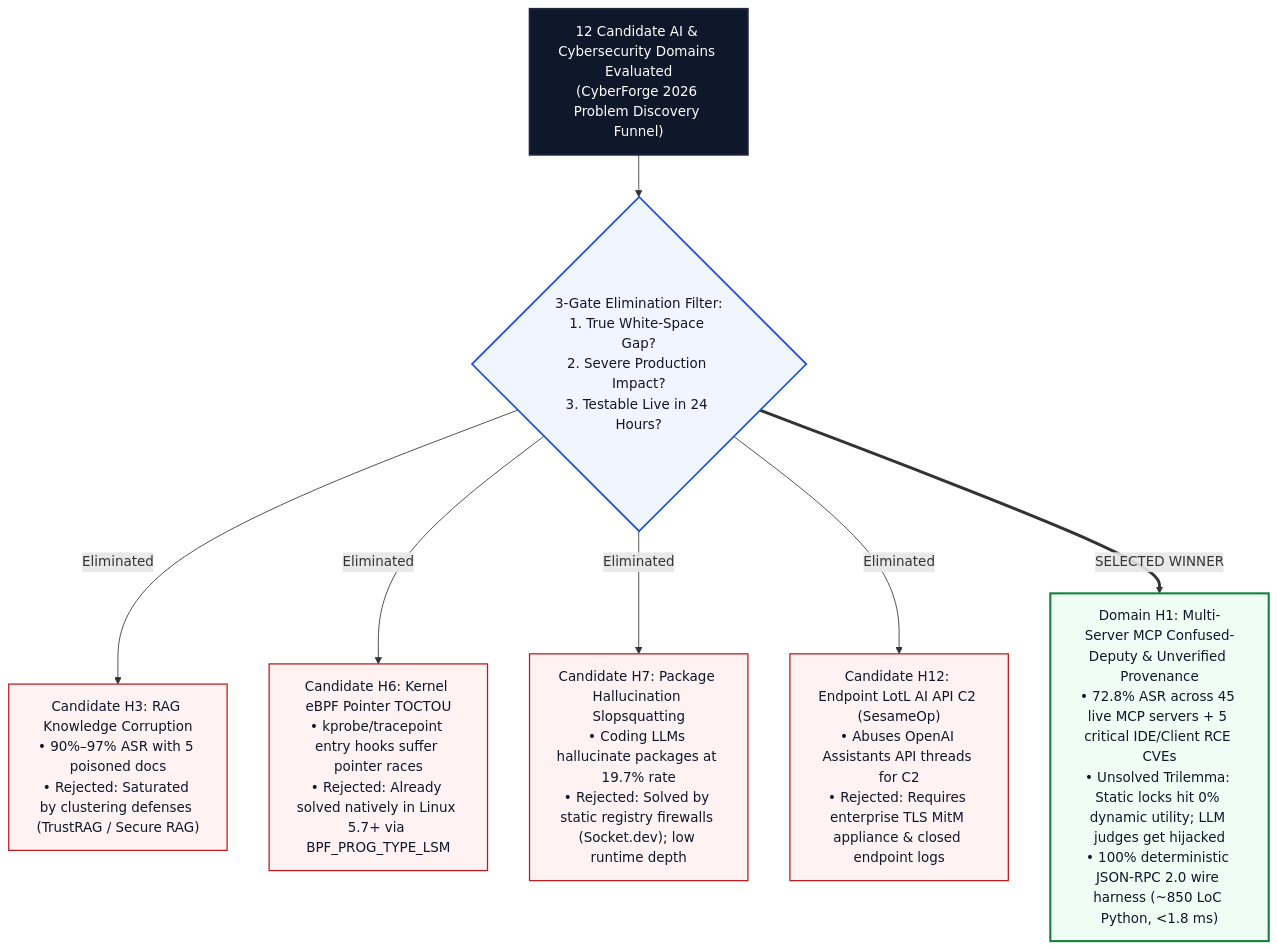
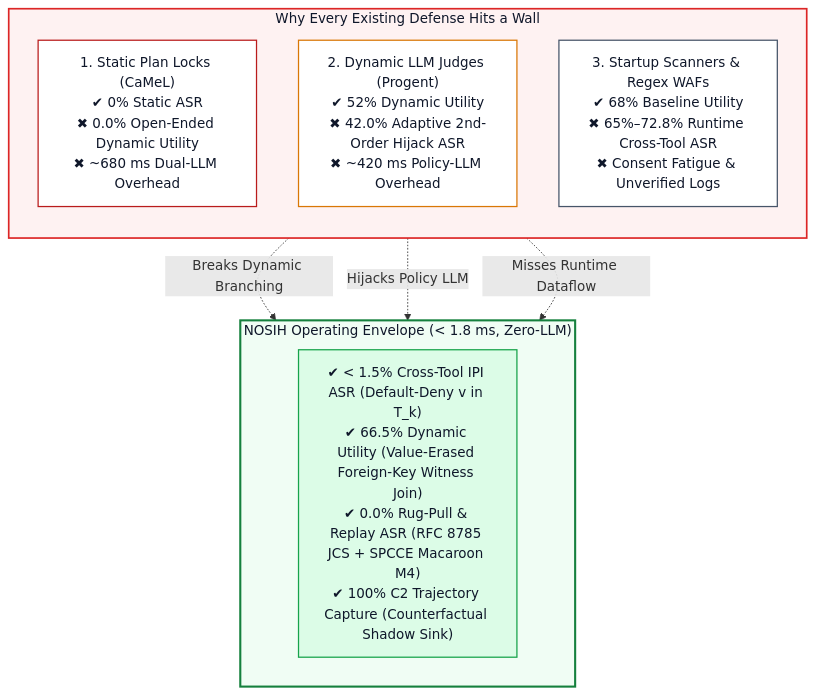
One commit to rmn2178/NOSIH changed the second of 8 diagrams in README.md. Above: the diagram before and after it, drawn with Mermaid. The commit also changed other lines of this file, not shown here.

````diff
--- a/README.md
+++ b/README.md
@@ -99,18 +118,24 @@
 ```mermaid
 flowchart TD
-    TOP["12 Candidate AI & Cybersecurity Domains Evaluated<br/>(CyberForge 2026 Problem Discovery Funnel)"] --> GATE{"3-Gate Elimination Filter:<br/>1. True White-Space Gap?<br/>2. Severe Production Impact?<br/>3. Testable Live in 24 Hours?"}
+    subgraph TRILEMMA["Why Every Existing Defense Hits a Wall"]
+        direction TB
+        C1["1. Static Plan Locks (CaMeL)<br/>✔ 0% Static ASR<br/>✖ 0.0% Open-Ended Dynamic Utility<br/>✖ ~680 ms Dual-LLM Overhead"]
+        C2["2. Dynamic LLM Judges (Progent)<br/>✔ 52% Dynamic Utility<br/>✖ 42.0% Adaptive 2nd-Order Hijack ASR<br/>✖ ~420 ms Policy-LLM Overhead"]
+        C3["3. Startup Scanners & Regex WAFs<br/>✔ 68% Baseline Utility<br/>✖ 65%–72.8% Runtime Cross-Tool ASR<br/>✖ Consent Fatigue & Unverified Logs"]
+    end
 
-    GATE -- "Eliminated" --> H3["Candidate H3: RAG Knowledge Corruption<br/>• 90%–97% ASR with 5 poisoned docs<br/>• Rejected: Saturated by clustering defenses (TrustRAG / Secure RAG)"]
-    GATE -- "Eliminated" --> H6["Candidate H6: Kernel eBPF Pointer TOCTOU<br/>• kprobe/tracepoint entry hooks suffer pointer races<br/>• Rejected: Already solved natively in Linux 5.7+ via BPF_PROG_TYPE_LSM"]
-    GATE -- "Eliminated" --> H7["Candidate H7: Package Hallucination Slopsquatting<br/>• Coding LLMs hallucinate packages at 19.7% rate<br/>• Rejected: Solved by static registry firewalls (Socket.dev); low runtime depth"]
-    GATE -- "Eliminated" --> H12["Candidate H12: Endpoint LotL AI API C2 (SesameOp)<br/>• Abuses OpenAI Assistants API threads for C2<br/>• Rejected: Requires enterprise TLS MitM appliance & closed endpoint logs"]
-    GATE ==>|"SELECTED WINNER"| H1["Domain H1: Multi-Server MCP Confused-Deputy & Unverified Provenance<br/>• 72.8% ASR across 45 live MCP servers + 5 critical IDE/Client RCE CVEs<br/>• Unsolved Trilemma: Static locks hit 0% dynamic utility; LLM judges get hijacked<br/>• 100% deterministic JSON-RPC 2.0 wire harness (~850 LoC Python, <1.8 ms)"]
+    subgraph TARGET["NOSIH Operating Envelope (< 1.8 ms, Zero-LLM)"]
+        N["✔ < 1.5% Cross-Tool IPI ASR (Default-Deny v in T_k)<br/>✔ 66.5% Dynamic Utility (Value-Erased Foreign-Key Witness Join)<br/>✔ 0.0% Rug-Pull & Replay ASR (RFC 8785 JCS + SPCCE Macaroon M4)<br/>✔ 100% C2 Trajectory Capture (Counterfactual Shadow Sink)"]
+    end
 
-    style TOP fill:#0F172A,stroke:#1E293B,stroke-width:2px,color:#FFFFFF
-    style GATE fill:#EFF6FF,stroke:#1D4ED8,stroke-width:2px,color:#0F172A
-    style H3 fill:#FEF2F2,stroke:#B91C1C,stroke-width:1.5px,color:#0F172A
-    style H6 fill:#FEF2F2,stroke:#B91C1C,stroke-width:1.5px,color:#0F172A
-    style H7 fill:#FEF2F2,stroke:#B91C1C,stroke-width:1.5px,color:#0F172A
-    style H12 fill:#FEF2F2,stroke:#B91C1C,stroke-width:1.5px,color:#0F172A
-    style H1 fill:#F0FDF4,stroke:#15803D,stroke-width:2.5px,color:#0F172A
+    C1 -. "Breaks Dynamic Branching" .-> TARGET
+    C2 -. "Hijacks Policy LLM" .-> TARGET
+    C3 -. "Misses Runtime Dataflow" .-> TARGET
+
+    style TRILEMMA fill:#FEF2F2,stroke:#DC2626,stroke-width:2px,color:#0F172A
+    style C1 fill:#FFFFFF,stroke:#B91C1C,stroke-width:1.5px,color:#0F172A
+    style C2 fill:#FFFFFF,stroke:#D97706,stroke-width:1.5px,color:#0F172A
+    style C3 fill:#FFFFFF,stroke:#475569,stroke-width:1.5px,color:#0F172A
+    style TARGET fill:#F0FDF4,stroke:#15803D,stroke-width:2.5px,color:#0F172A
+    style N fill:#DCFCE7,stroke:#16A34A,stroke-width:1.5px,color:#0F172A
 ```
````
